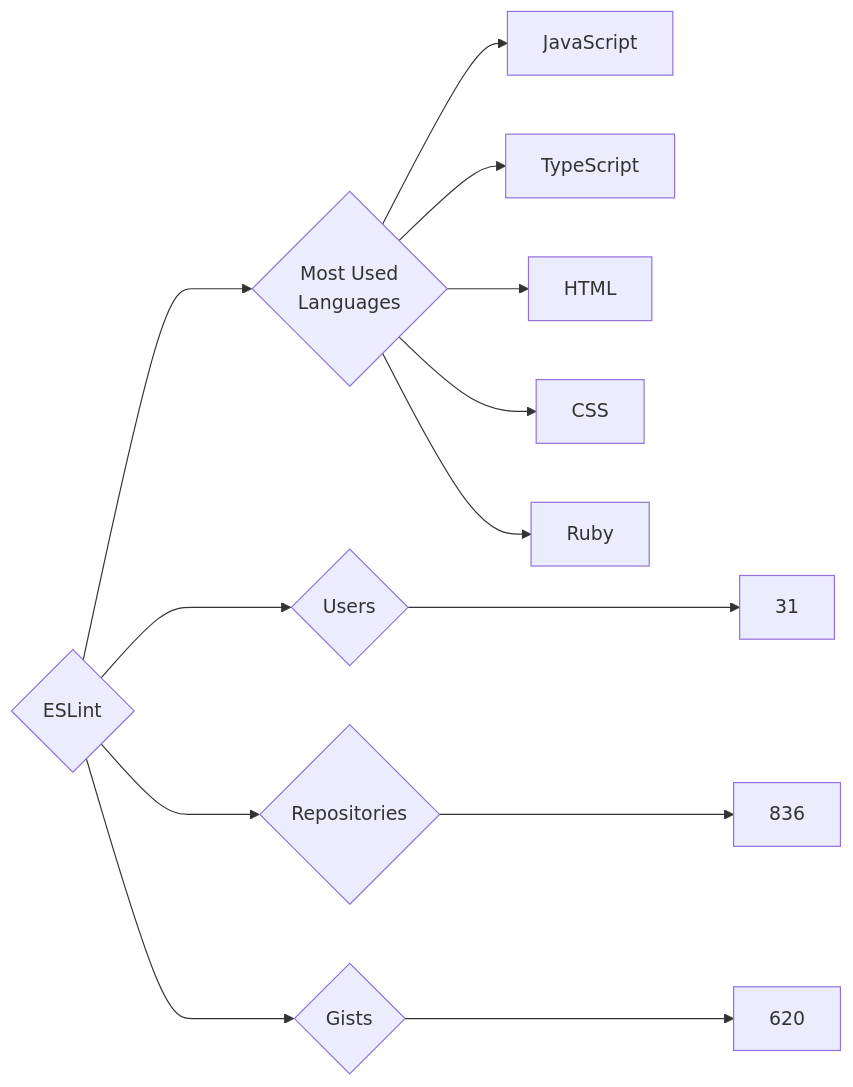
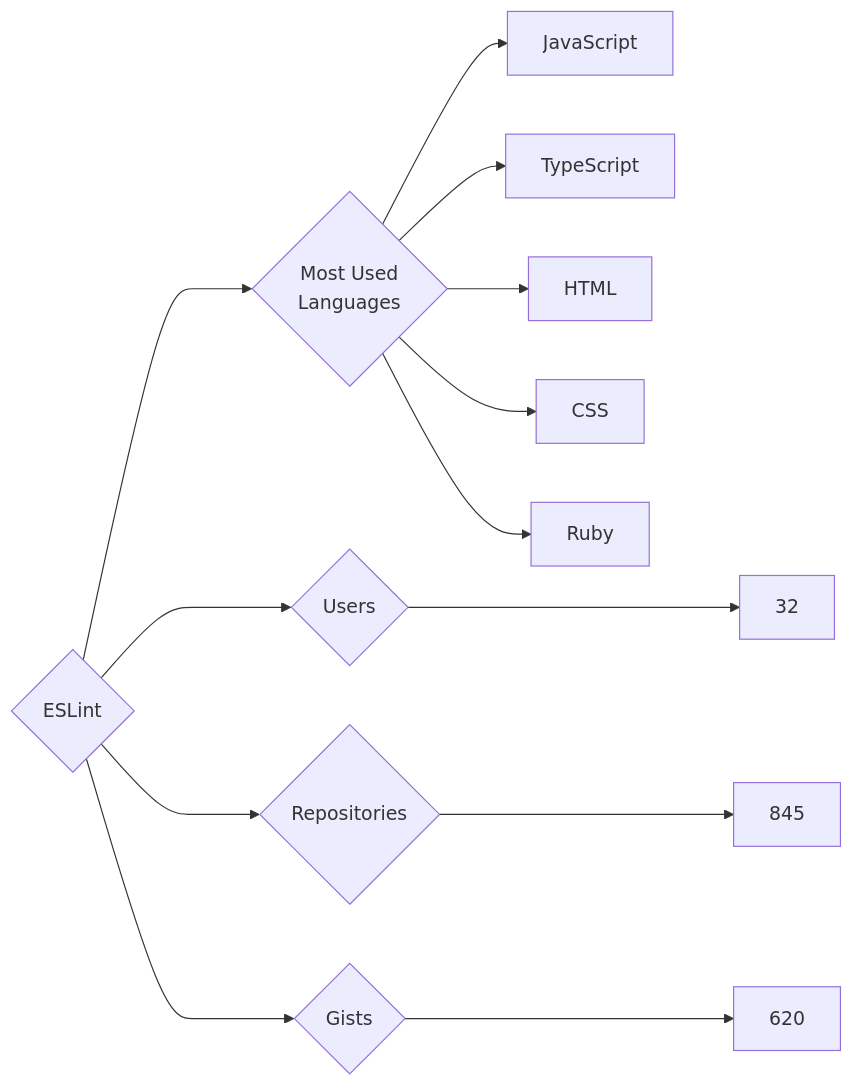
The diagram in targets/ESLint/README.md (trickest/insiders), drawn with Mermaid before and after one commit. The commit also changed 826 other files, not shown here.

````diff
--- a/targets/ESLint/README.md
+++ b/targets/ESLint/README.md
@@ -3,13 +3,13 @@
 ```mermaid
 graph LR
 COMPANY_NAME{ESLint}
-COMPANY_NAME ---> U{Users} ---> UN[31]
-COMPANY_NAME ---> R{Repositories} ---> RN[836]
+COMPANY_NAME ---> U{Users} ---> UN[32]
+COMPANY_NAME ---> R{Repositories} ---> RN[845]
 COMPANY_NAME ---> G{Gists} ---> GN[620]
 COMPANY_NAME ---> ML{Most Used<br>Languages}
 ML --> JavaScript[JavaScript]
 ML --> TypeScript[TypeScript]
 ML --> HTML[HTML]
 ML --> CSS[CSS]
 ML --> Ruby[Ruby]
 ```
````
